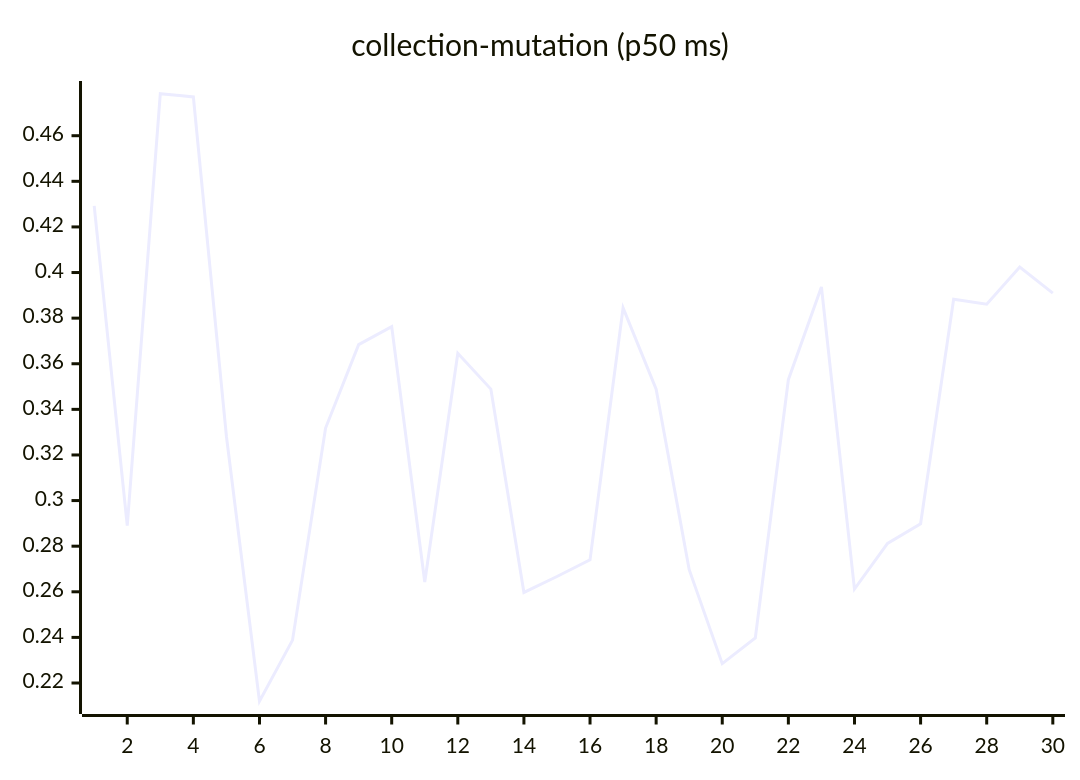
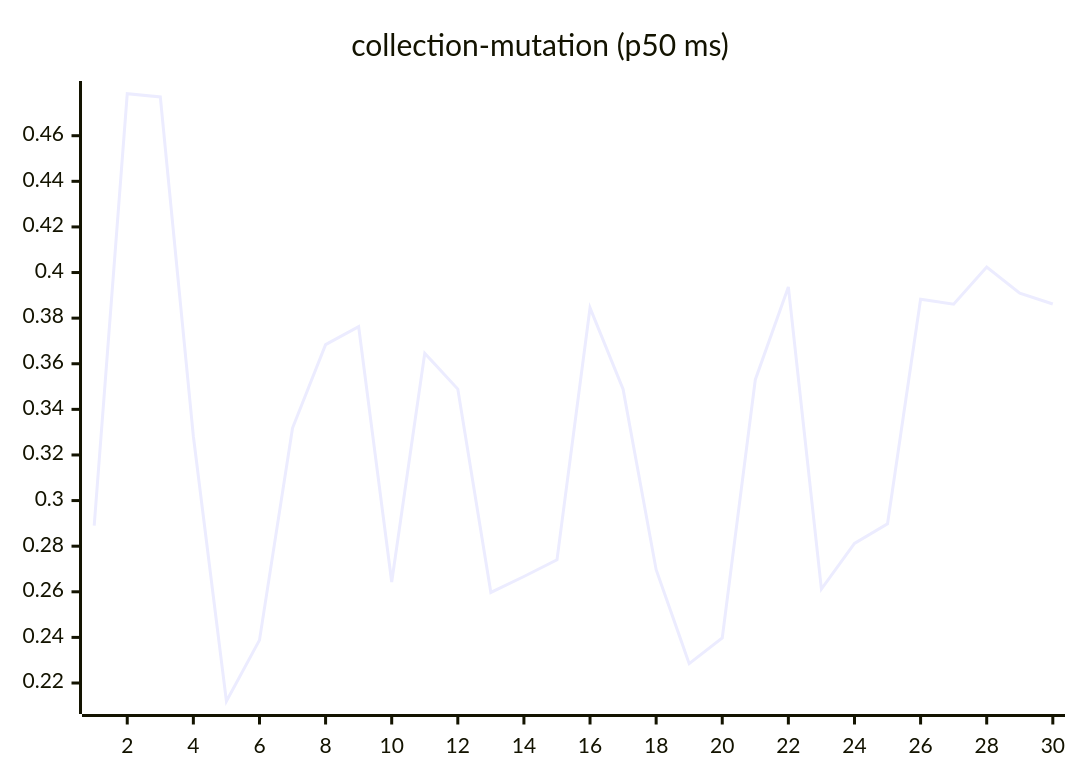
The sixth of 27 diagrams in README.md (josha/Facet), drawn with Mermaid before and after one commit. The commit also changed other lines of this file and 2 other files, not shown here.

````diff
--- a/README.md
+++ b/README.md
@@ -98,6 +98,6 @@
 ```mermaid
 xychart-beta
     title "collection-mutation (p50 ms)"
     x-axis 1 --> 30
-    line [0.4292, 0.2890, 0.4784, 0.4770, 0.3282, 0.2120, 0.2388, 0.3318, 0.3684, 0.3763, 0.2643, 0.3646, 0.3489, 0.2597, 0.2667, 0.2740, 0.3845, 0.3488, 0.2697, 0.2285, 0.2398, 0.3530, 0.3937, 0.2612, 0.2812, 0.2898, 0.3883, 0.3861, 0.4024, 0.3910]
+    line [0.2890, 0.4784, 0.4770, 0.3282, 0.2120, 0.2388, 0.3318, 0.3684, 0.3763, 0.2643, 0.3646, 0.3489, 0.2597, 0.2667, 0.2740, 0.3845, 0.3488, 0.2697, 0.2285, 0.2398, 0.3530, 0.3937, 0.2612, 0.2812, 0.2898, 0.3883, 0.3861, 0.4024, 0.3910, 0.3862]
 ```
````
